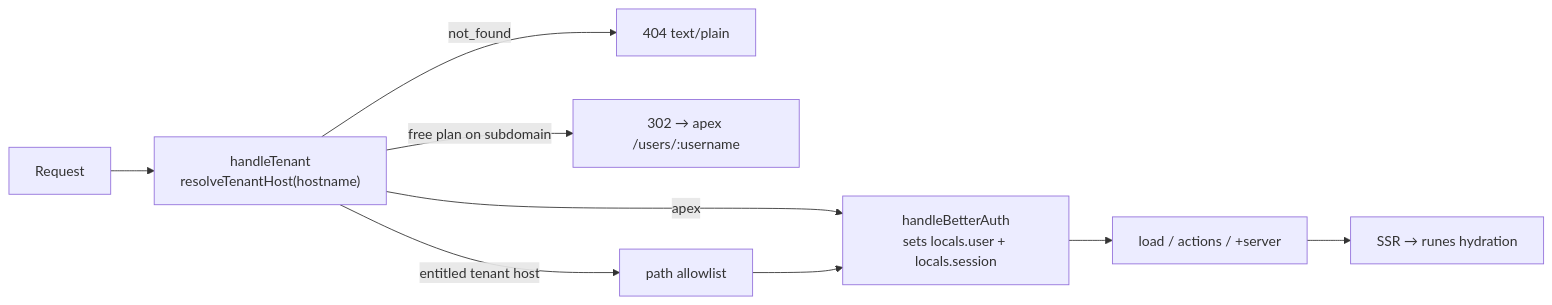
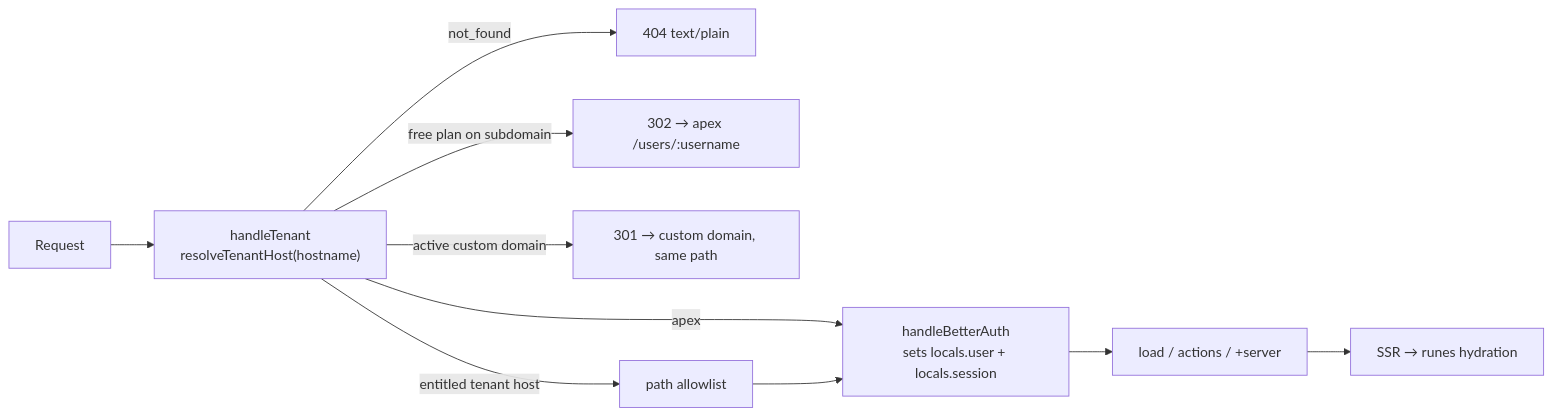
One commit to spreadsheetsusa/sndbnk changed the second of 2 diagrams in docs/architecture.md. Above: the diagram before and after it, drawn with Mermaid. The commit also changed other lines of this file and 16 other files, not shown here.

````diff
--- a/docs/architecture.md
+++ b/docs/architecture.md
@@ -36,11 +36,12 @@
 ```mermaid
 flowchart LR
   req[Request] --> tenant["handleTenant<br/>resolveTenantHost(hostname)"]
   tenant -->|apex| authHook
   tenant -->|not_found| nf["404 text/plain"]
   tenant -->|"free plan on subdomain"| redir["302 → apex /users/:username"]
+  tenant -->|"active custom domain"| canon["301 → custom domain, same path"]
   tenant -->|"entitled tenant host"| gate["path allowlist"]
   gate --> authHook["handleBetterAuth<br/>sets locals.user + locals.session"]
   authHook --> handler["load / actions / +server"]
   handler --> render["SSR → runes hydration"]
 ```
````
